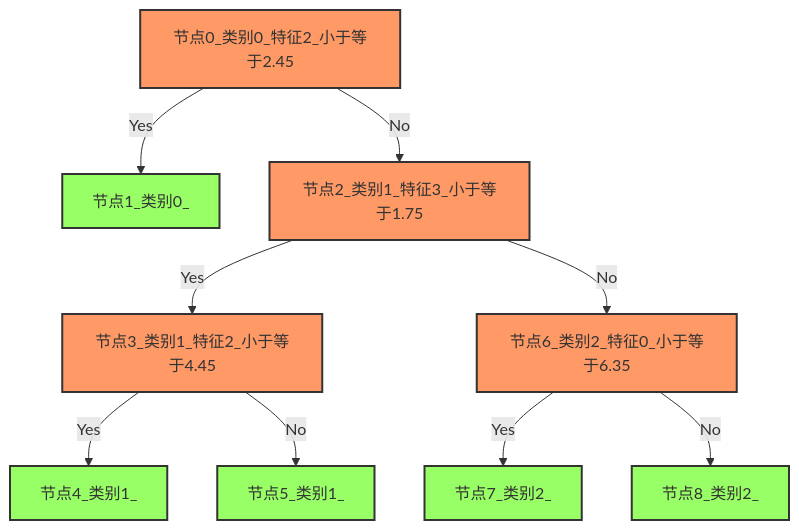
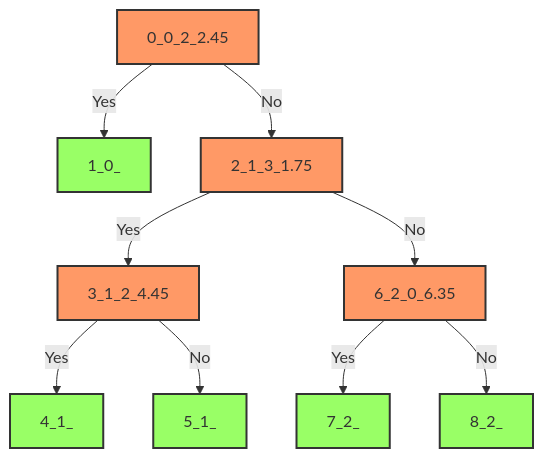
Before and after one commit to Weuqiang/weuqiangcreate_website: the diagram in docs/docs/机器学习/随机森林.mdx, drawn with Mermaid. The commit also changed other lines of this file and 517 other files, not shown here.

````diff
--- a/docs/docs/机器学习/随机森林.mdx
+++ b/docs/docs/机器学习/随机森林.mdx
@@ -59,18 +59,18 @@
 ```mermaid
 graph TD;
     classDef green fill:#9f6,stroke:#333,stroke-width:2px;
     classDef red fill:#f96,stroke:#333,stroke-width:2px;
-    节点0_类别0_特征2_小于等于2.45-->|Yes|节点1_类别0_;
-    节点0_类别0_特征2_小于等于2.45-->|No|节点2_类别1_特征3_小于等于1.75;
+    0_0_2_2.45-->|Yes|1_0_;
+    0_0_2_2.45-->|No|2_1_3_1.75;
 
-    节点2_类别1_特征3_小于等于1.75-->|Yes|节点3_类别1_特征2_小于等于4.45;
-    节点2_类别1_特征3_小于等于1.75-->|No|节点6_类别2_特征0_小于等于6.35;
+    2_1_3_1.75-->|Yes|3_1_2_4.45;
+    2_1_3_1.75-->|No|6_2_0_6.35;
 
-    节点3_类别1_特征2_小于等于4.45-->|Yes|节点4_类别1_;
-    节点3_类别1_特征2_小于等于4.45-->|No|节点5_类别1_;
+    3_1_2_4.45-->|Yes|4_1_;
+    3_1_2_4.45-->|No|5_1_;
 
-    节点6_类别2_特征0_小于等于6.35-->|Yes|节点7_类别2_;
-    节点6_类别2_特征0_小于等于6.35-->|No|节点8_类别2_;
-    class 节点0_类别0_特征2_小于等于2.45,节点2_类别1_特征3_小于等于1.75,节点3_类别1_特征2_小于等于4.45,节点6_类别2_特征0_小于等于6.35 red;
-    class 节点1_类别0_,节点4_类别1_,节点5_类别1_,节点7_类别2_,节点8_类别2_ green;
+    6_2_0_6.35-->|Yes|7_2_;
+    6_2_0_6.35-->|No|8_2_;
+    class 0_0_2_2.45,2_1_3_1.75,3_1_2_4.45,6_2_0_6.35 red;
+    class 1_0_,4_1_,5_1_,7_2_,8_2_ green;
 ```
````
